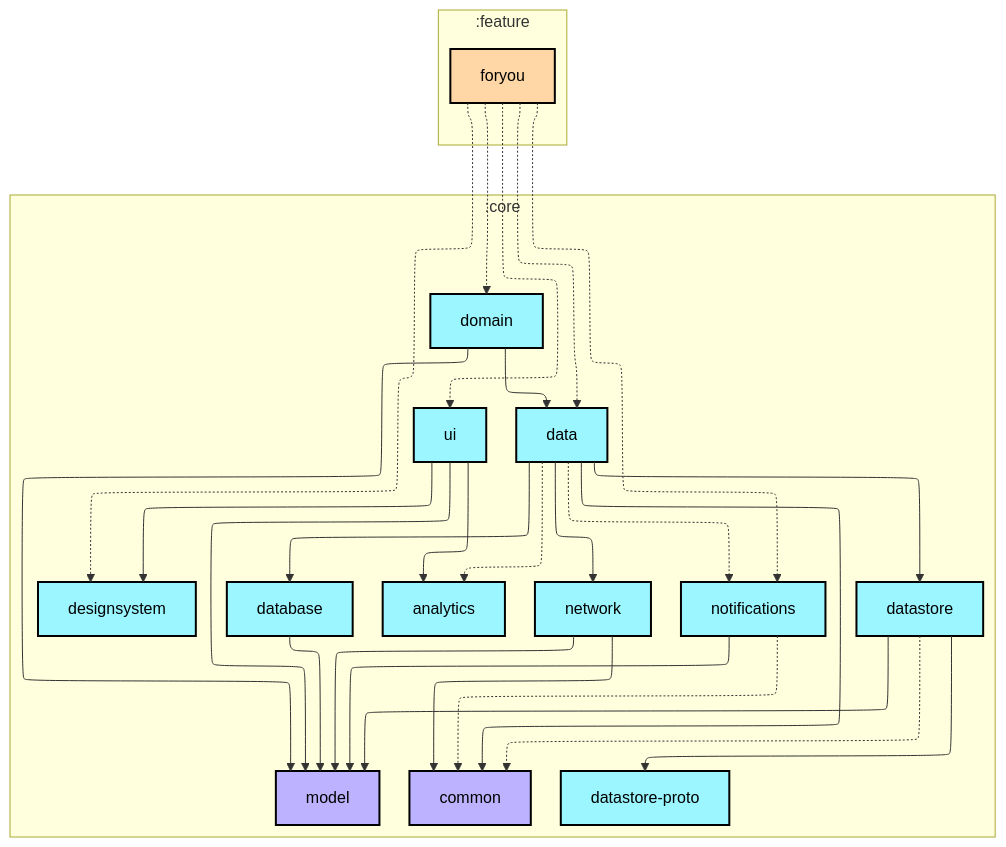
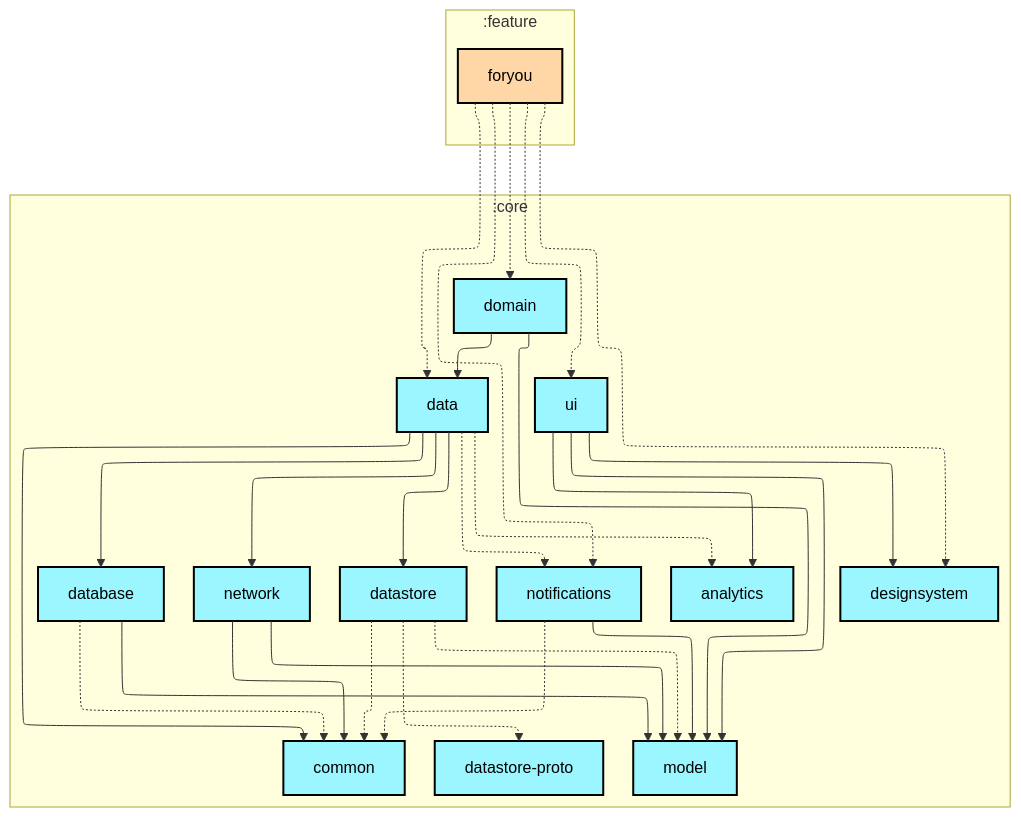
The first of 2 diagrams in feature/foryou/README.md (lihenggui/nowinkmp), drawn with Mermaid before and after one commit. The commit also changed other lines of this file and 29 other files, not shown here.

First line of the commit message:
Fix graphUpdate configuration cache compatibility

````diff
--- a/feature/foryou/README.md
+++ b/feature/foryou/README.md
@@ -6,60 +6,61 @@
 ```mermaid
 ---
 config:
   layout: elk
   elk:
     nodePlacementStrategy: SIMPLE
 ---
 graph TB
+  subgraph :feature
+    direction TB
+    :feature:foryou[foryou]:::cmp-feature
+  end
   subgraph :core
     direction TB
-    :core:analytics[analytics]:::android-library
-    :core:common[common]:::jvm-library
-    :core:data[data]:::android-library
-    :core:database[database]:::android-library
-    :core:datastore[datastore]:::android-library
-    :core:datastore-proto[datastore-proto]:::android-library
-    :core:designsystem[designsystem]:::android-library
-    :core:domain[domain]:::android-library
-    :core:model[model]:::jvm-library
-    :core:network[network]:::android-library
-    :core:notifications[notifications]:::android-library
-    :core:ui[ui]:::android-library
-  end
-  subgraph :feature
-    direction TB
-    :feature:foryou[foryou]:::android-feature
+    :core:analytics[analytics]:::kmp-library
+    :core:common[common]:::kmp-library
+    :core:data[data]:::kmp-library
+    :core:database[database]:::kmp-library
+    :core:datastore[datastore]:::kmp-library
+    :core:datastore-proto[datastore-proto]:::kmp-library
+    :core:designsystem[designsystem]:::kmp-library
+    :core:domain[domain]:::kmp-library
+    :core:model[model]:::kmp-library
+    :core:network[network]:::kmp-library
+    :core:notifications[notifications]:::kmp-library
+    :core:ui[ui]:::kmp-library
   end
 
   :core:data -.-> :core:analytics
   :core:data --> :core:common
   :core:data --> :core:database
   :core:data --> :core:datastore
   :core:data --> :core:network
   :core:data -.-> :core:notifications
+  :core:database -.-> :core:common
   :core:database --> :core:model
   :core:datastore -.-> :core:common
-  :core:datastore --> :core:datastore-proto
-  :core:datastore --> :core:model
+  :core:datastore -.-> :core:datastore-proto
+  :core:datastore -.-> :core:model
   :core:domain --> :core:data
   :core:domain --> :core:model
   :core:network --> :core:common
   :core:network --> :core:model
   :core:notifications -.-> :core:common
   :core:notifications --> :core:model
   :core:ui --> :core:analytics
   :core:ui --> :core:designsystem
   :core:ui --> :core:model
   :feature:foryou -.-> :core:data
   :feature:foryou -.-> :core:designsystem
   :feature:foryou -.-> :core:domain
   :feature:foryou -.-> :core:notifications
   :feature:foryou -.-> :core:ui
 
-classDef android-application fill:#CAFFBF,stroke:#000,stroke-width:2px,color:#000;
-classDef android-feature fill:#FFD6A5,stroke:#000,stroke-width:2px,color:#000;
-classDef android-library fill:#9BF6FF,stroke:#000,stroke-width:2px,color:#000;
+classDef cmp-application fill:#CAFFBF,stroke:#000,stroke-width:2px,color:#000;
+classDef cmp-feature fill:#FFD6A5,stroke:#000,stroke-width:2px,color:#000;
+classDef kmp-library fill:#9BF6FF,stroke:#000,stroke-width:2px,color:#000;
+classDef jvm-library fill:#BDB2FF,stroke:#000,stroke-width:2px,color:#000;
 classDef android-test fill:#A0C4FF,stroke:#000,stroke-width:2px,color:#000;
-classDef jvm-library fill:#BDB2FF,stroke:#000,stroke-width:2px,color:#000;
 classDef unknown fill:#FFADAD,stroke:#000,stroke-width:2px,color:#000;
 ```
````
